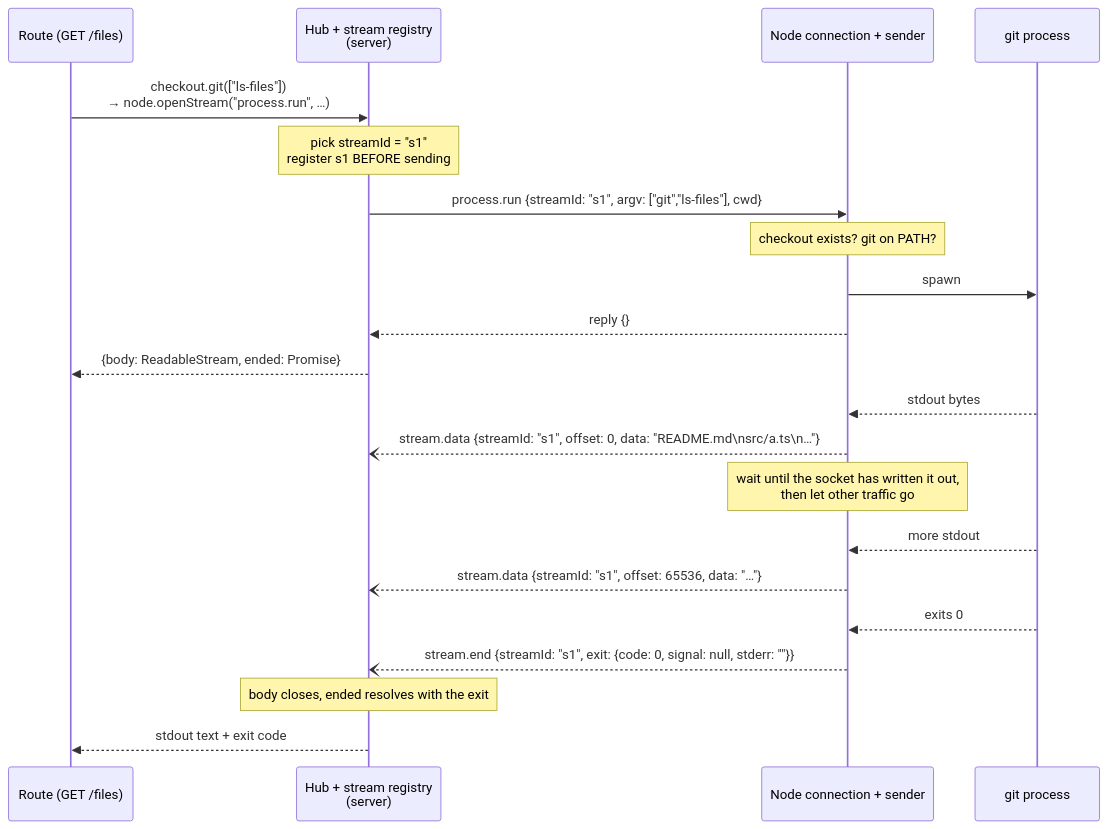
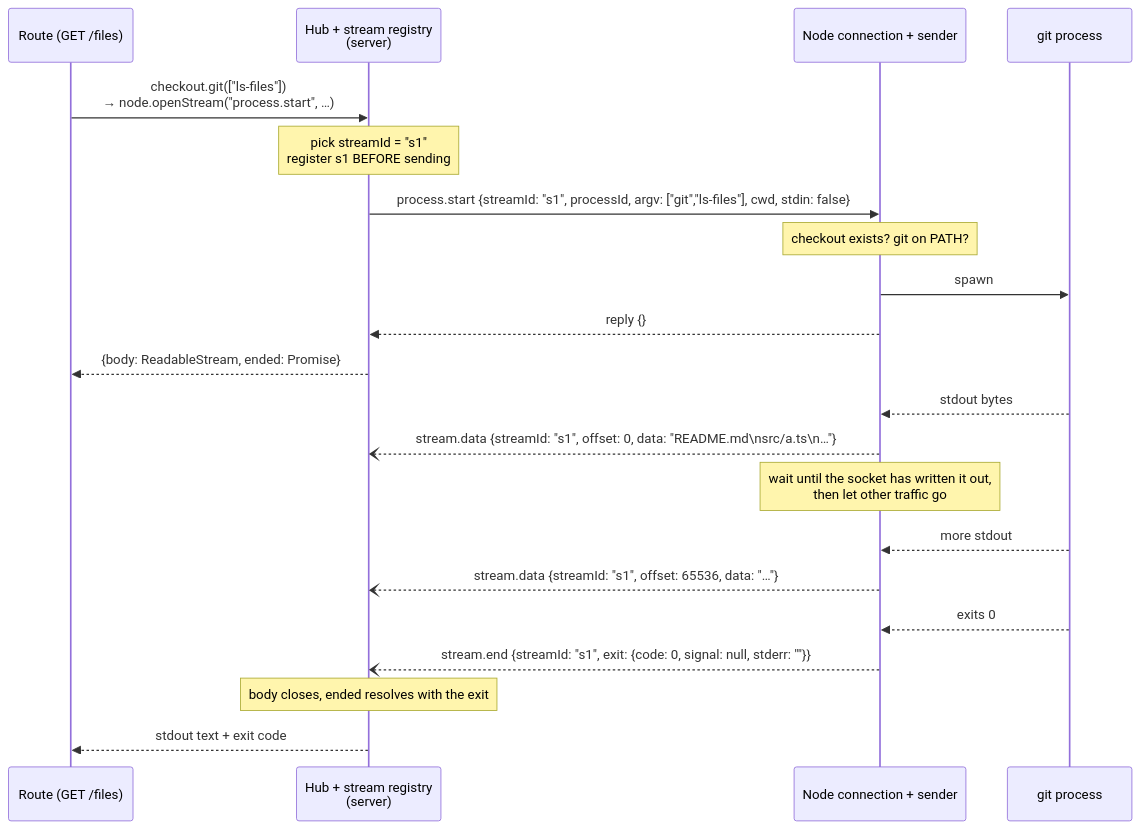
Before and after one commit to willtcarey/reins: the sixth of 9 diagrams in docs/dev/node-transport.md, drawn with Mermaid. The commit also changed other lines of this file and 12 other files, not shown here.

````diff
--- a/docs/dev/node-transport.md
+++ b/docs/dev/node-transport.md
@@ -391,23 +391,23 @@
 ```mermaid
 sequenceDiagram
     participant R as Route (GET /files)
     participant H as Hub + stream registry<br/>(server)
     participant N as Node connection + sender
     participant P as git process
-    R->>H: checkout.git(["ls-files"])<br/>→ node.openStream("process.run", …)
+    R->>H: checkout.git(["ls-files"])<br/>→ node.openStream("process.start", …)
     Note over H: pick streamId = "s1"<br/>register s1 BEFORE sending
-    H->>N: process.run {streamId: "s1", argv: ["git","ls-files"], cwd}
+    H->>N: process.start {streamId: "s1", processId, argv: ["git","ls-files"], cwd, stdin: false}
     Note over N: checkout exists? git on PATH?
     N->>P: spawn
     N-->>H: reply {}
     H-->>R: {body: ReadableStream, ended: Promise}
     P-->>N: stdout bytes
     N--)H: stream.data {streamId: "s1", offset: 0, data: "README.md\nsrc/a.ts\n…"}
     Note over N: wait until the socket has written it out,<br/>then let other traffic go
     P-->>N: more stdout
     N--)H: stream.data {streamId: "s1", offset: 65536, data: "…"}
     P-->>N: exits 0
     N--)H: stream.end {streamId: "s1", exit: {code: 0, signal: null, stderr: ""}}
     Note over H: body closes, ended resolves with the exit
     H-->>R: stdout text + exit code
 ```
````
